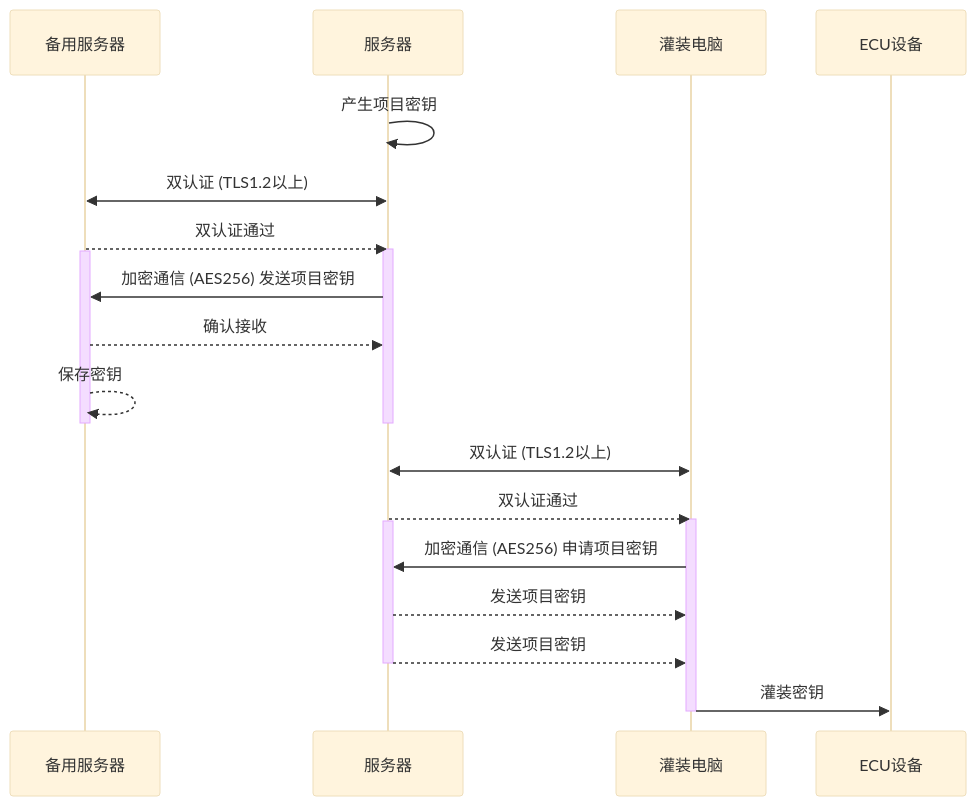
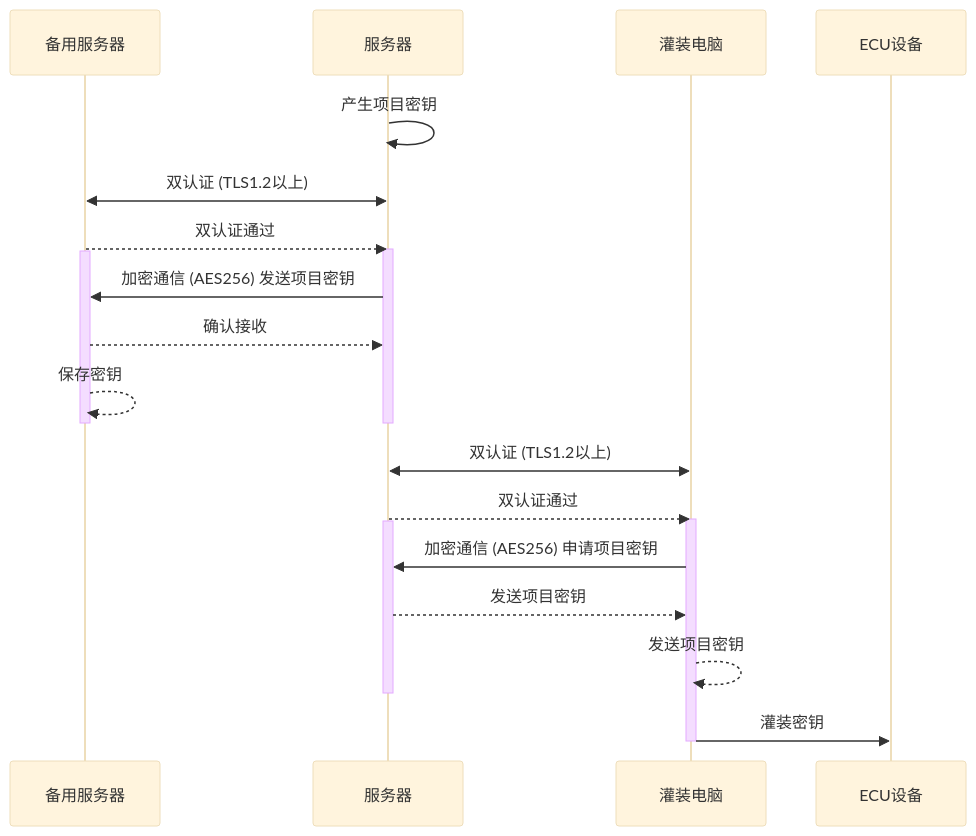
The diagram in all/未命名-10.md (facebook-cloud/iodraw-files), drawn with Mermaid (base theme) before and after one commit.

Commit message:
2026-01-15 10:59:24 update

````diff
--- a/all/未命名-10.md
+++ b/all/未命名-10.md
@@ -1,30 +1,30 @@
 ```mermaid
 sequenceDiagram
     participant B as 备用服务器
     participant A as 服务器
     participant C as 灌装电脑
     participant D as ECU设备
 
     A->>A: 产生项目密钥
     A<<->>B: 双认证 (TLS1.2以上)
     B-->>A: 双认证通过
     activate A
     activate B
     A->>B: 加密通信 (AES256) 发送项目密钥
     B-->>A: 确认接收
     B-->>B: 保存密钥
     deactivate B
     deactivate A
 
     C<<->>A: 双认证 (TLS1.2以上)
     A-->>C: 双认证通过
     activate C
     activate A
     C->>A: 加密通信 (AES256) 申请项目密钥
     A-->>C: 发送项目密钥
-    A-->>C: 发送项目密钥
+    C-->>C: 发送项目密钥
     deactivate A
     C->>D: 灌装密钥
     deactivate C
 
 ```
````
